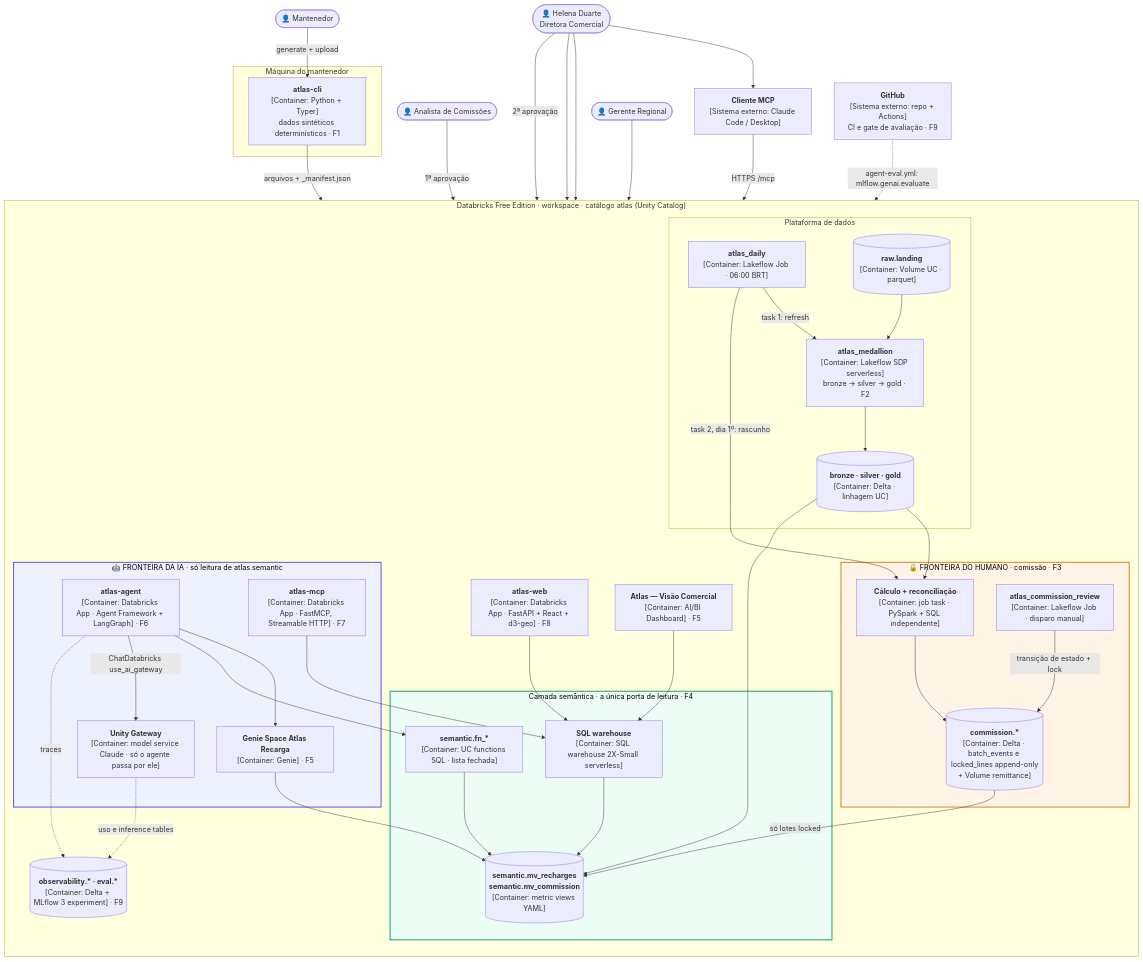
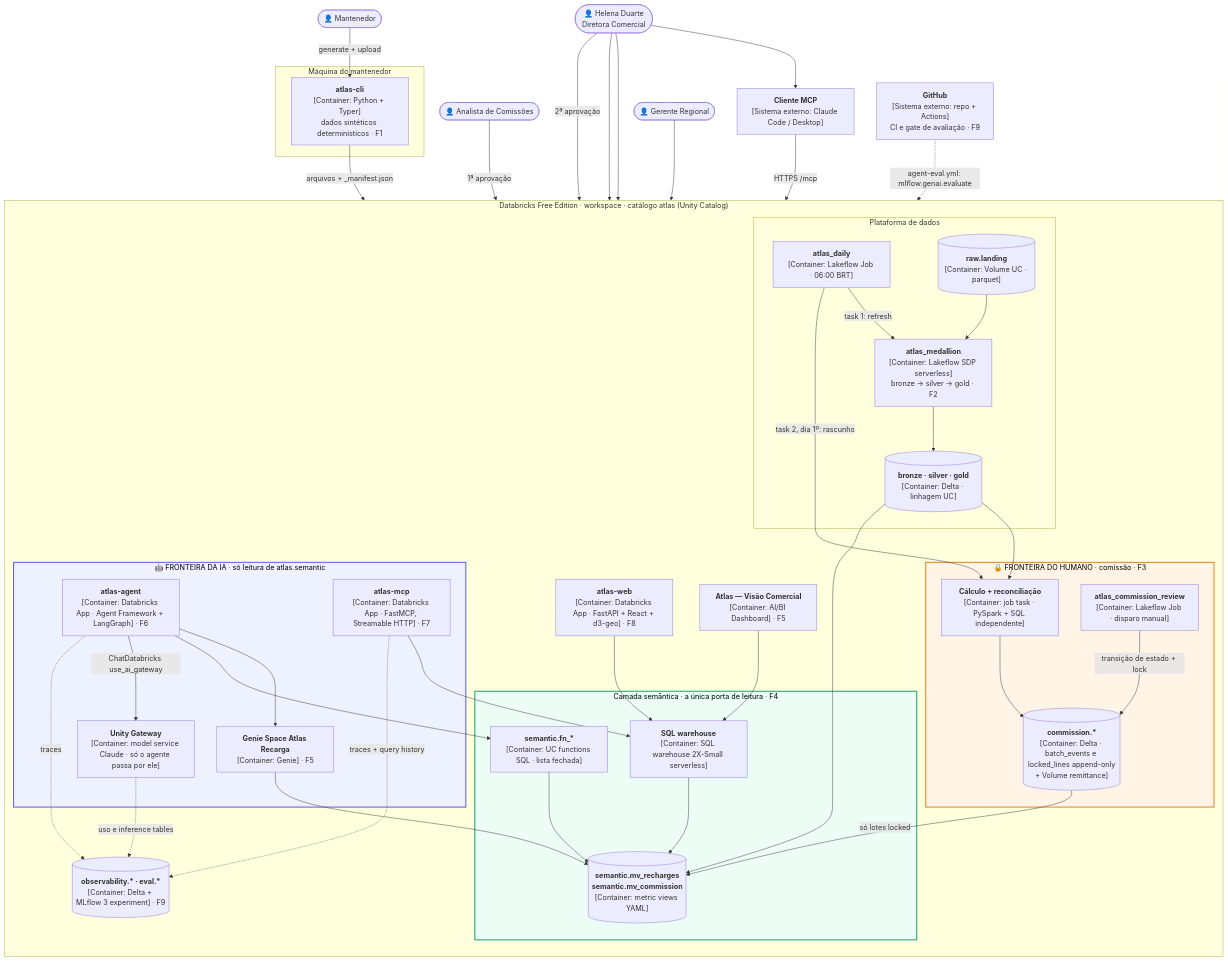
One commit to AndreFelippeVidal/atlas-recarga changed the first of 2 diagrams in docs/architecture.md. Above: the diagram before and after it, drawn with Mermaid. The commit also changed other lines of this file and 2 other files, not shown here.

First line of the commit message:
docs(architecture): consolidated failure-mode tables

```diff
--- a/docs/architecture.md
+++ b/docs/architecture.md
@@ -88,6 +88,7 @@
     agent -->|"ChatDatabricks use_ai_gateway"| gateway
 
     agent -.->|"traces"| obs
+    mcp -.->|"traces + query history"| obs
     gateway -.->|"uso e inference tables"| obs
     github -.->|"agent-eval.yml: mlflow.genai.evaluate"| agent
 
```
